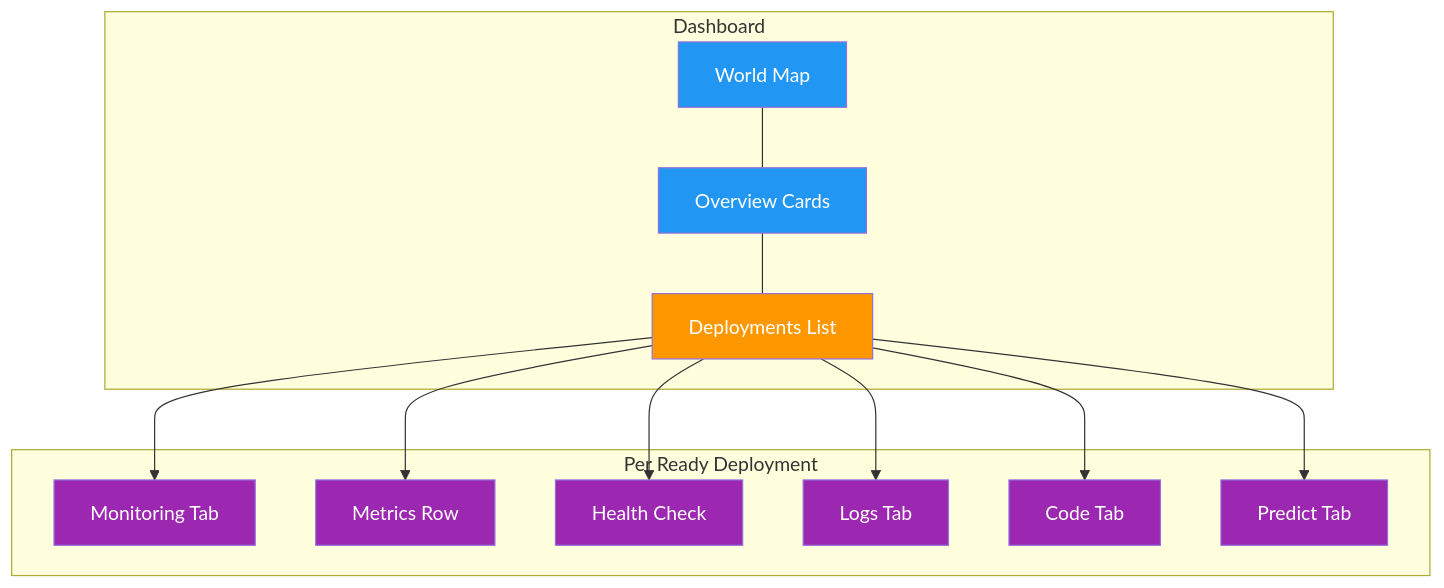
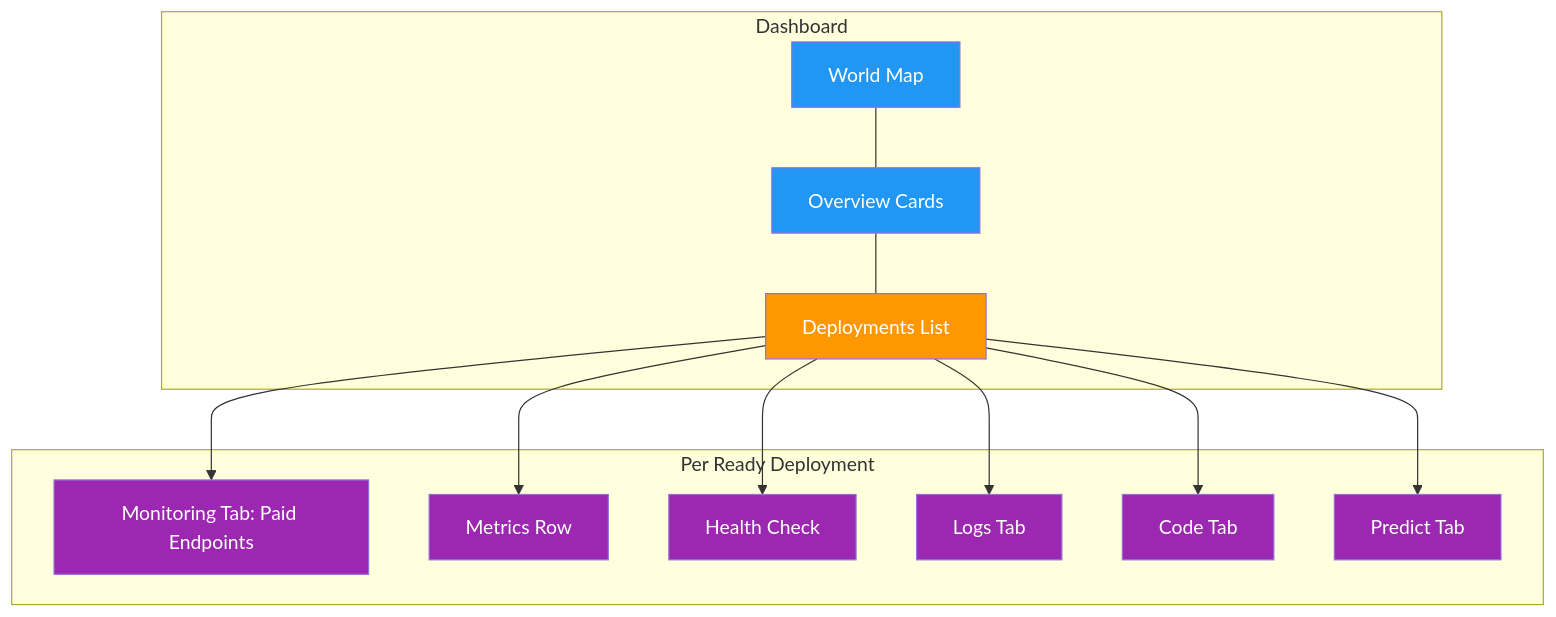
Before and after one commit to ultralytics/ultralytics: the diagram in docs/en/platform/deploy/monitoring.md, drawn with Mermaid. The commit also changed other lines of this file, not shown here.

Commit message:
Document merged lightweight endpoint monitoring

````diff
--- a/docs/en/platform/deploy/monitoring.md
+++ b/docs/en/platform/deploy/monitoring.md
@@ -19,25 +19,25 @@
 ```mermaid
 graph TB
     subgraph Dashboard
         Map[World Map]:::proc --- Cards[Overview Cards]:::proc
         Cards --- List[Deployments List]:::decide
     end
     subgraph "Per Ready Deployment"
-        Monitoring[Monitoring Tab]:::out
+        Monitoring[Monitoring Tab: Paid Endpoints]:::out
         Metrics[Metrics Row]:::out
         Health[Health Check]:::out
         Logs[Logs Tab]:::out
         Code[Code Tab]:::out
         Predict[Predict Tab]:::out
     end
     List --> Monitoring
     List --> Metrics
     List --> Health
     List --> Logs
     List --> Code
     List --> Predict
 
     classDef proc fill:#2196F3,color:#fff
     classDef decide fill:#FF9800,color:#fff
     classDef out fill:#9C27B0,color:#fff
 ```
````
